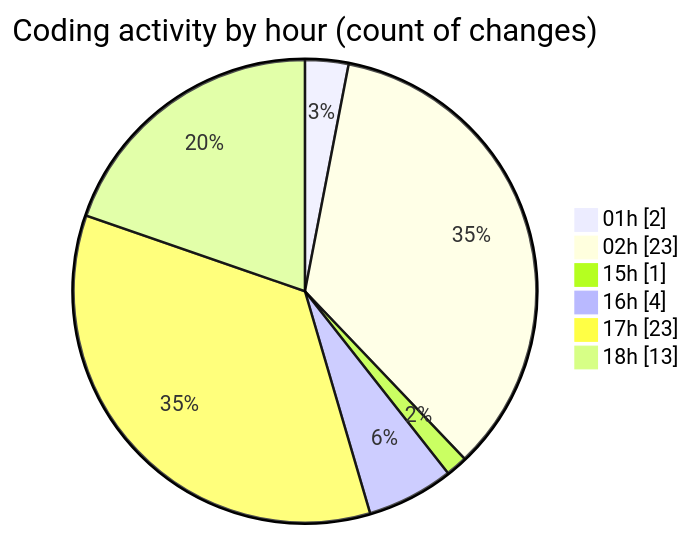
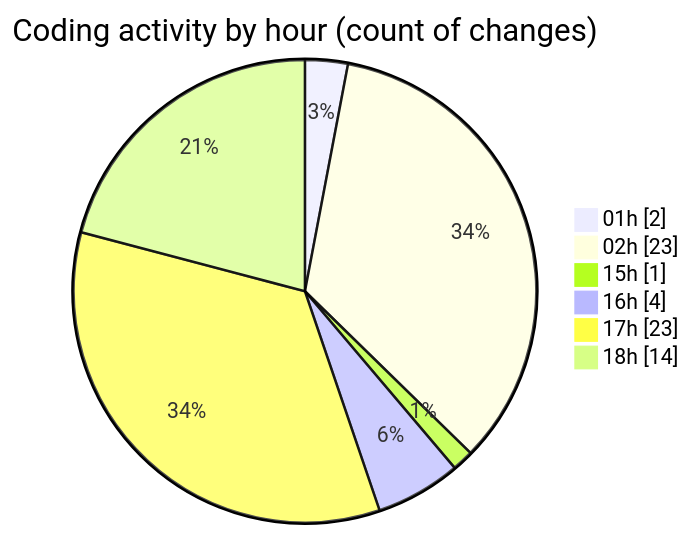
One commit to mevix1/code-tracking changed the second of 2 diagrams in 2025-10-01/open-health/README.md. Above: the diagram before and after it, drawn with Mermaid. The commit also changed other lines of this file and 1 other file, not shown here.

````diff
--- a/2025-10-01/open-health/README.md
+++ b/2025-10-01/open-health/README.md
@@ -71,10 +71,10 @@
 ```mermaid
 pie showData
 title Coding activity by hour (count of changes)
 "01h" : 2
 "02h" : 23
 "15h" : 1
 "16h" : 4
 "17h" : 23
-"18h" : 13
+"18h" : 14
 ```
````
